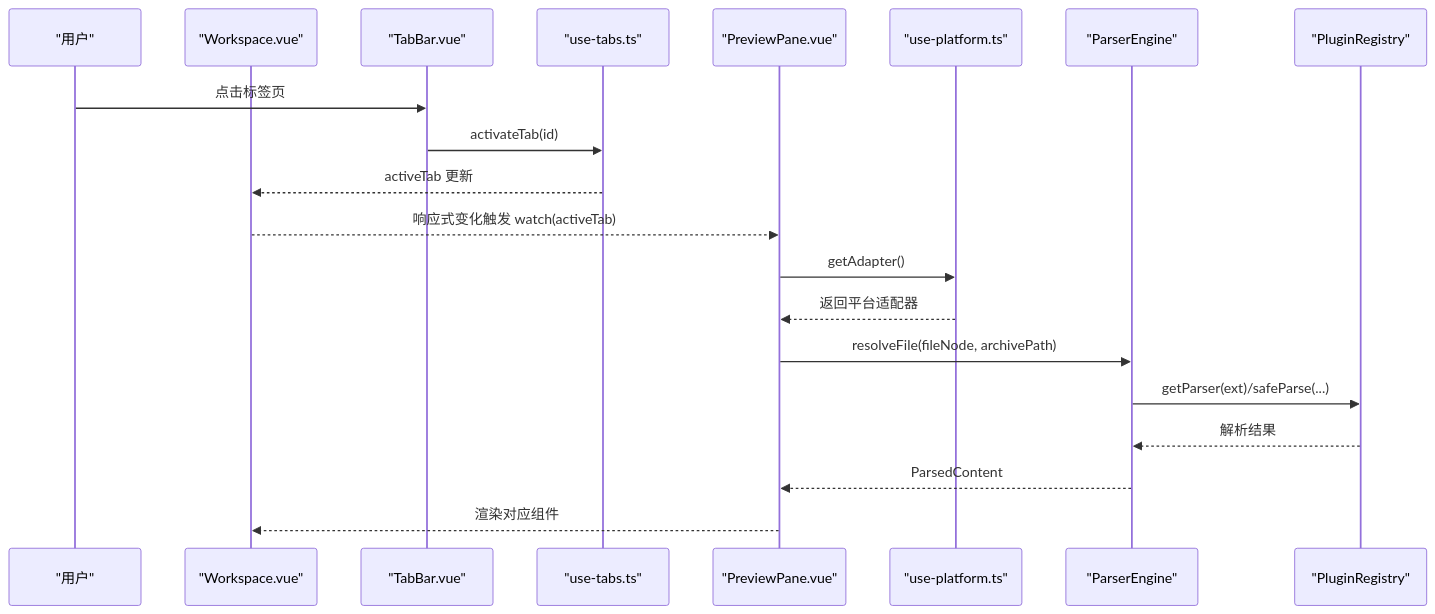
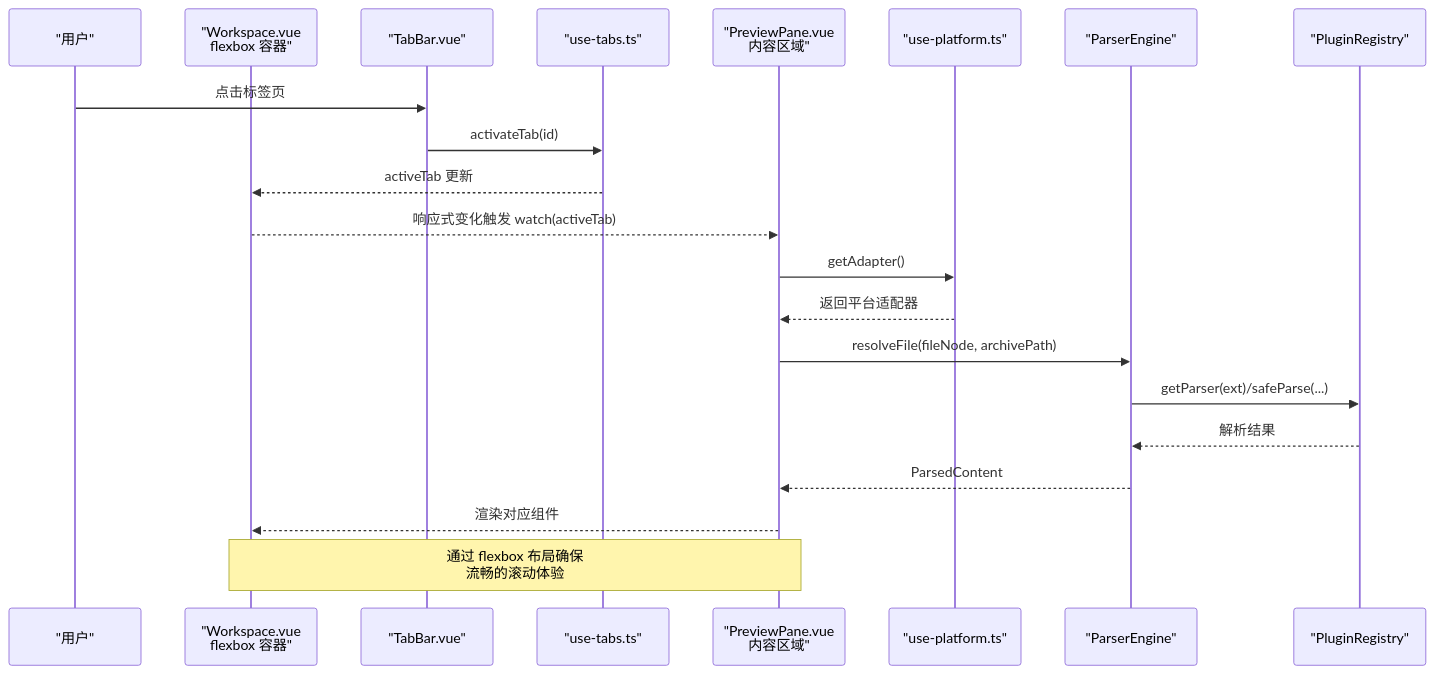
Before and after one commit to taoweidong/Hello-Tauri: the second of 4 diagrams in .qoder/repowiki/zh/content/架构设计/组件层次结构/工作区组件/主工作区组件.md, drawn with Mermaid. The commit also changed other lines of this file and 14 other files, not shown here.

````diff
--- a/.qoder/repowiki/zh/content/架构设计/组件层次结构/工作区组件/主工作区组件.md
+++ b/.qoder/repowiki/zh/content/架构设计/组件层次结构/工作区组件/主工作区组件.md
@@ -109,22 +113,23 @@
 ```mermaid
 sequenceDiagram
 participant User as "用户"
-participant WS as "Workspace.vue"
+participant WS as "Workspace.vue<br/>flexbox 容器"
 participant TB as "TabBar.vue"
 participant UT as "use-tabs.ts"
-participant PP as "PreviewPane.vue"
+participant PP as "PreviewPane.vue<br/>内容区域"
 participant UPL as "use-platform.ts"
 participant PE as "ParserEngine"
 participant REG as "PluginRegistry"
 User->>TB : 点击标签页
 TB->>UT : activateTab(id)
 UT-->>WS : activeTab 更新
 WS-->>PP : 响应式变化触发 watch(activeTab)
 PP->>UPL : getAdapter()
 UPL-->>PP : 返回平台适配器
 PP->>PE : resolveFile(fileNode, archivePath)
 PE->>REG : getParser(ext)/safeParse(...)
 REG-->>PE : 解析结果
 PE-->>PP : ParsedContent
 PP-->>WS : 渲染对应组件
+Note over WS,PP : 通过 flexbox 布局确保<br/>流畅的滚动体验
 ```
````
